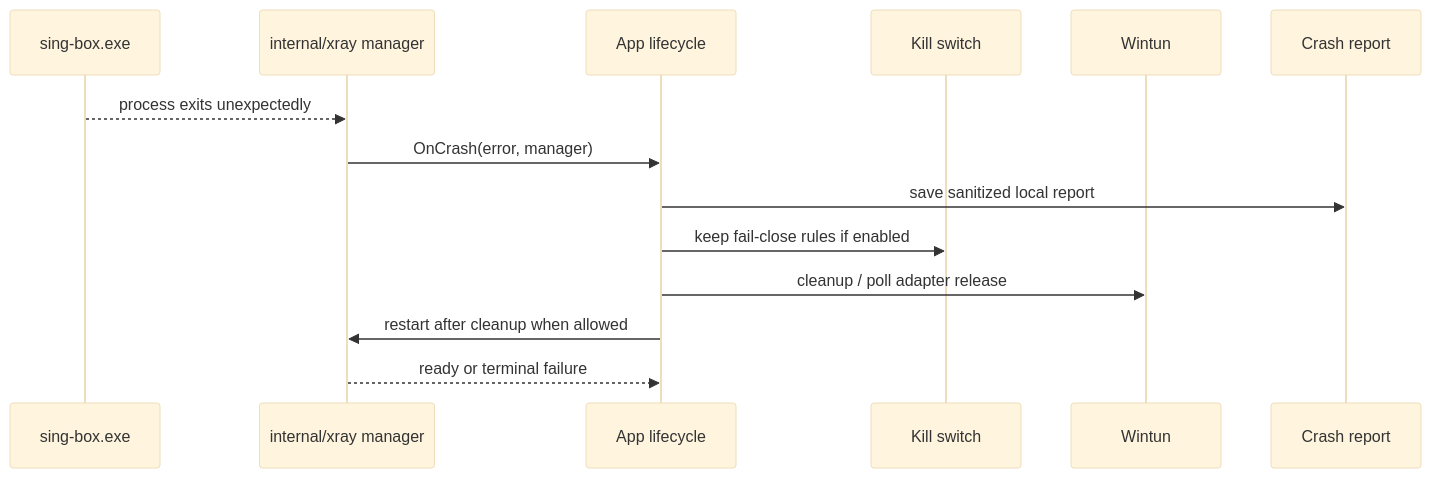
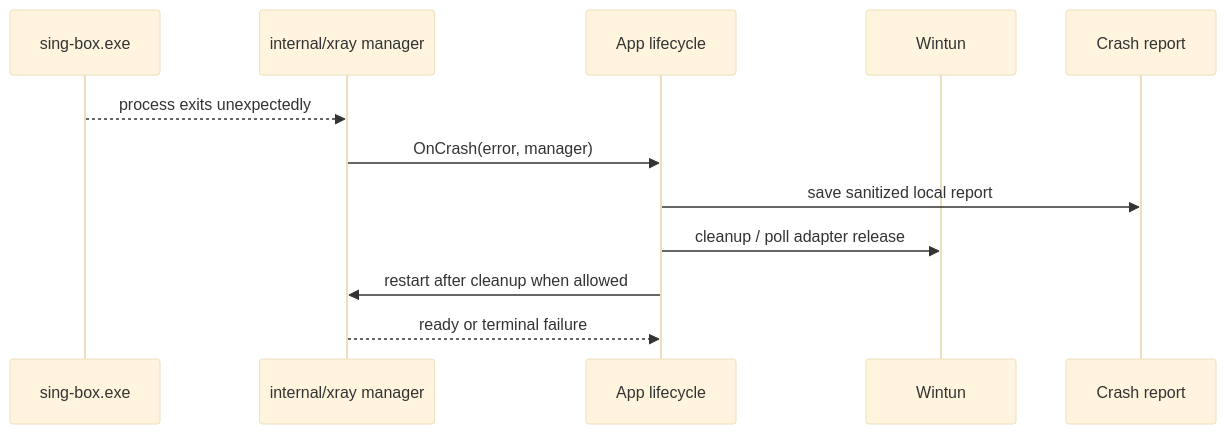
One commit to slam-ui/proxy changed the fifth of 5 diagrams in docs/ARCHITECTURE.md. Above: the diagram before and after it, drawn with Mermaid (base theme). The commit also changed other lines of this file and 39 other files, not shown here.

First line of the commit message:
fix(proxy): remove kill switch feature

````diff
--- a/docs/ARCHITECTURE.md
+++ b/docs/ARCHITECTURE.md
@@ -133,17 +131,15 @@
 ```mermaid
 sequenceDiagram
     participant SB as sing-box.exe
     participant X as internal/xray manager
     participant APP as App lifecycle
-    participant KS as Kill switch
     participant TUN as Wintun
     participant CR as Crash report
 
     SB-->>X: process exits unexpectedly
     X->>APP: OnCrash(error, manager)
     APP->>CR: save sanitized local report
-    APP->>KS: keep fail-close rules if enabled
     APP->>TUN: cleanup / poll adapter release
     APP->>X: restart after cleanup when allowed
     X-->>APP: ready or terminal failure
 ```
````
